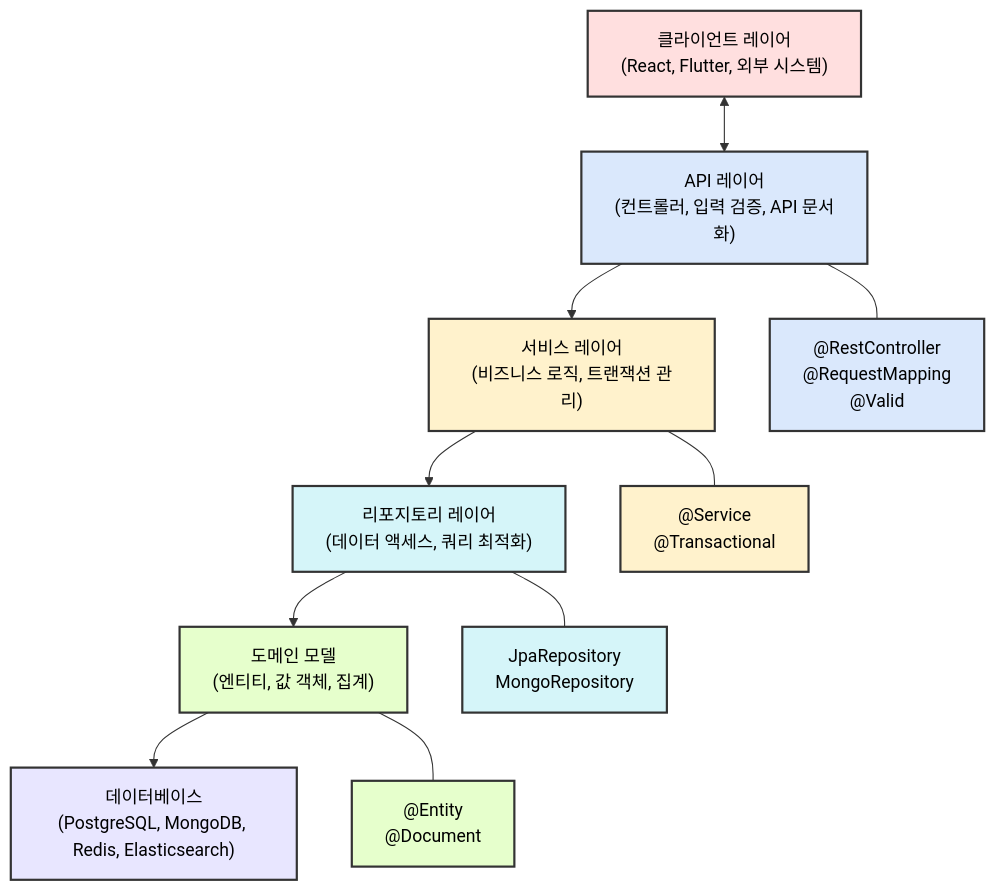
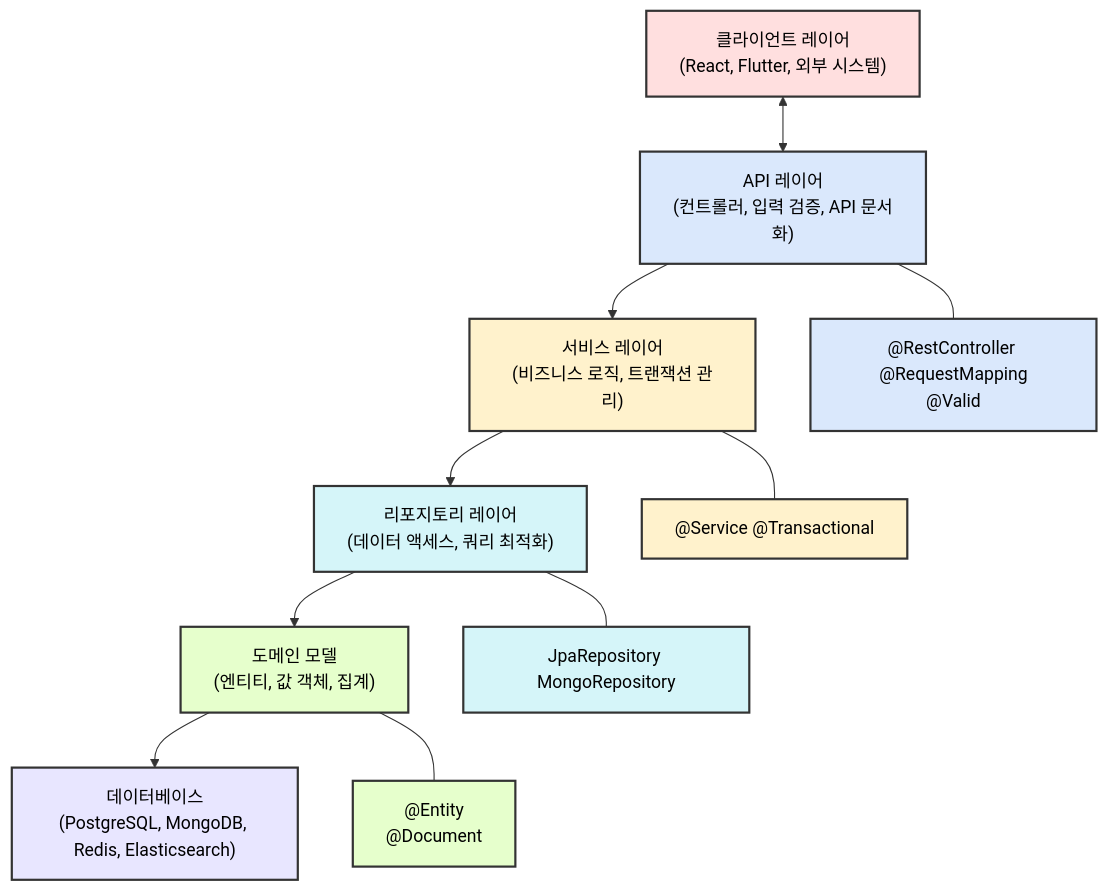
Before and after one commit to sch0718/landmark: the third of 7 diagrams in README.md, drawn with Mermaid. The commit also changed other lines of this file, not shown here.

Commit message:
docs: README.md mermaid 줄바꿈 수정

````diff
--- a/README.md
+++ b/README.md
@@ -428,39 +446,47 @@
 ```mermaid
 flowchart TD
     %% 주요 레이어
-    client["클라이언트 레이어\n(React, Flutter, 외부 시스템)"]
-    api["API 레이어\n(컨트롤러, 입력 검증, API 문서화)"]
-    service["서비스 레이어\n(비즈니스 로직, 트랜잭션 관리)"]
-    repo["리포지토리 레이어\n(데이터 액세스, 쿼리 최적화)"]
-    domain["도메인 모델\n(엔티티, 값 객체, 집계)"]
-    db["데이터베이스\n(PostgreSQL, MongoDB, Redis, Elasticsearch)"]
+    client["`클라이언트 레이어
+    (React, Flutter, 외부 시스템)`"]
+    api["`API 레이어
+    (컨트롤러, 입력 검증, API 문서화)`"]
+    service["`서비스 레이어
+    (비즈니스 로직, 트랜잭션 관리)`"]
+    repo["`리포지토리 레이어
+    (데이터 액세스, 쿼리 최적화)`"]
+    domain["`도메인 모델
+    (엔티티, 값 객체, 집계)`"]
+    db["`데이터베이스
+    (PostgreSQL, MongoDB, Redis, Elasticsearch)`"]
     
     %% 연결
     client <--> api
     api --> service
     service --> repo
     repo --> domain
     domain --> db
     
     %% 레이어 내 주요 컴포넌트
-    api --- controller["@RestController\n@RequestMapping\n@Valid"]
-    service --- serviceImpl["@Service\n@Transactional"]
-    repo --- repository["JpaRepository\nMongoRepository"]
-    domain --- entity["@Entity\n@Document"]
+    api --- controller["`@RestController @RequestMapping
+    @Valid`"]
+    service --- serviceImpl["`@Service @Transactional`"]
+    repo --- repository["`JpaRepository MongoRepository`"]
+    domain --- entity["`@Entity
+    @Document`"]
     
     %% 스타일 정의
     classDef client fill:#ffdfdf,stroke:#333,stroke-width:2px,color:#000;
     classDef apiLayer fill:#dae8fc,stroke:#333,stroke-width:2px,color:#000;
     classDef serviceLayer fill:#fff2cc,stroke:#333,stroke-width:2px,color:#000;
     classDef repoLayer fill:#d5f5f9,stroke:#333,stroke-width:2px,color:#000;
     classDef domainLayer fill:#e6ffcc,stroke:#333,stroke-width:2px,color:#000;
     classDef database fill:#e8e6ff,stroke:#333,stroke-width:2px,color:#000;
     
     %% 스타일 적용
     class client client;
     class api,controller apiLayer;
     class service,serviceImpl serviceLayer;
     class repo,repository repoLayer;
     class domain,entity domainLayer;
     class db database;
 ```
````
